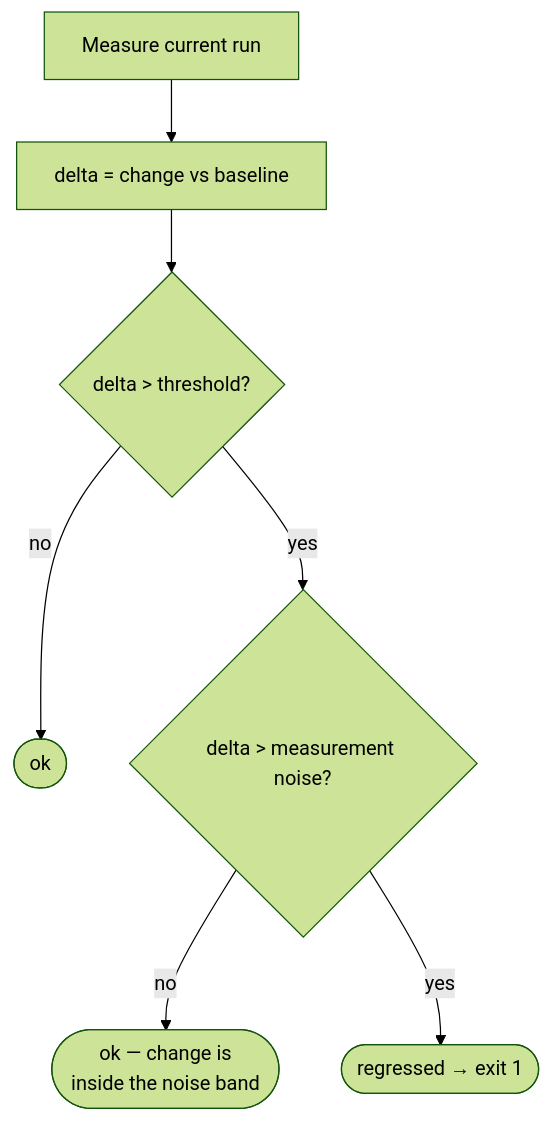
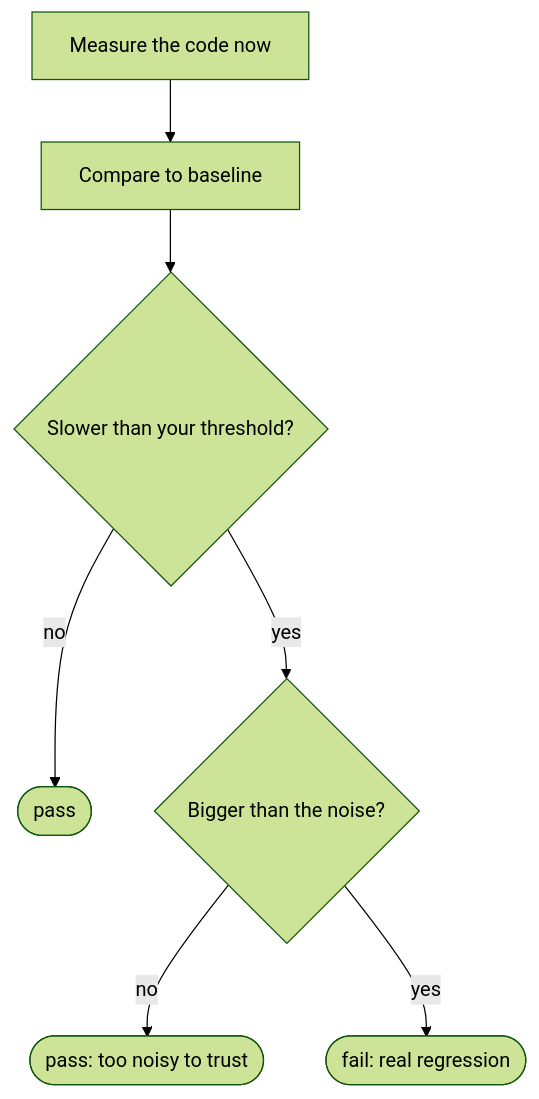
One commit to shahzainshafique/benchguard changed the second of 2 diagrams in README.md. Above: the diagram before and after it, drawn with Mermaid (forest theme). The commit also changed other lines of this file and 3 other files, not shown here.

````diff
--- a/README.md
+++ b/README.md
@@ -118,9 +133,9 @@
 ```mermaid
 flowchart TD
-    M[Measure current run] --> D[delta = change vs baseline]
-    D --> T{delta &gt; threshold?}
-    T -->|no| OK1([ok])
-    T -->|yes| N{delta &gt; measurement noise?}
-    N -->|no| OK2([ok — change is<br/>inside the noise band])
-    N -->|yes| R([regressed → exit 1])
+    M[Measure the code now] --> D[Compare to baseline]
+    D --> T{"Slower than your threshold?"}
+    T -->|no| OK1([pass])
+    T -->|yes| N{"Bigger than the noise?"}
+    N -->|no| OK2([pass: too noisy to trust])
+    N -->|yes| R([fail: real regression])
 ```
````
